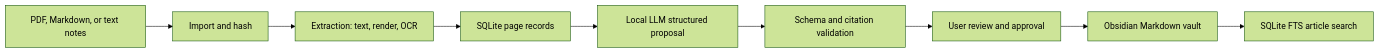
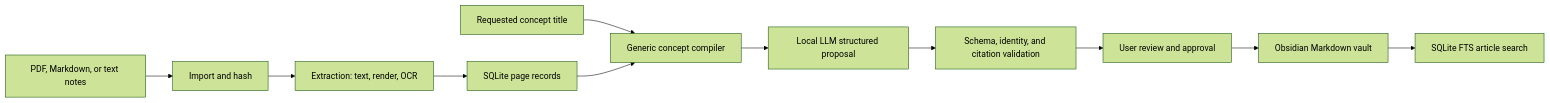
The diagram in docs/ARCHITECTURE.md (dmace27/wiki), drawn with Mermaid (forest theme) before and after one commit. The commit also changed other lines of this file and 22 other files, not shown here.

````diff
--- a/docs/ARCHITECTURE.md
+++ b/docs/ARCHITECTURE.md
@@ -31,11 +31,13 @@
 ```mermaid
 flowchart LR
   A["PDF, Markdown, or text notes"] --> B["Import and hash"]
   B --> C["Extraction: text, render, OCR"]
   C --> D["SQLite page records"]
-  D --> E["Local LLM structured proposal"]
-  E --> F["Schema and citation validation"]
+  T["Requested concept title"] --> E["Generic concept compiler"]
+  D --> E
+  E --> J["Local LLM structured proposal"]
+  J --> F["Schema, identity, and citation validation"]
   F --> G["User review and approval"]
   G --> H["Obsidian Markdown vault"]
   H --> I["SQLite FTS article search"]
 ```
````
